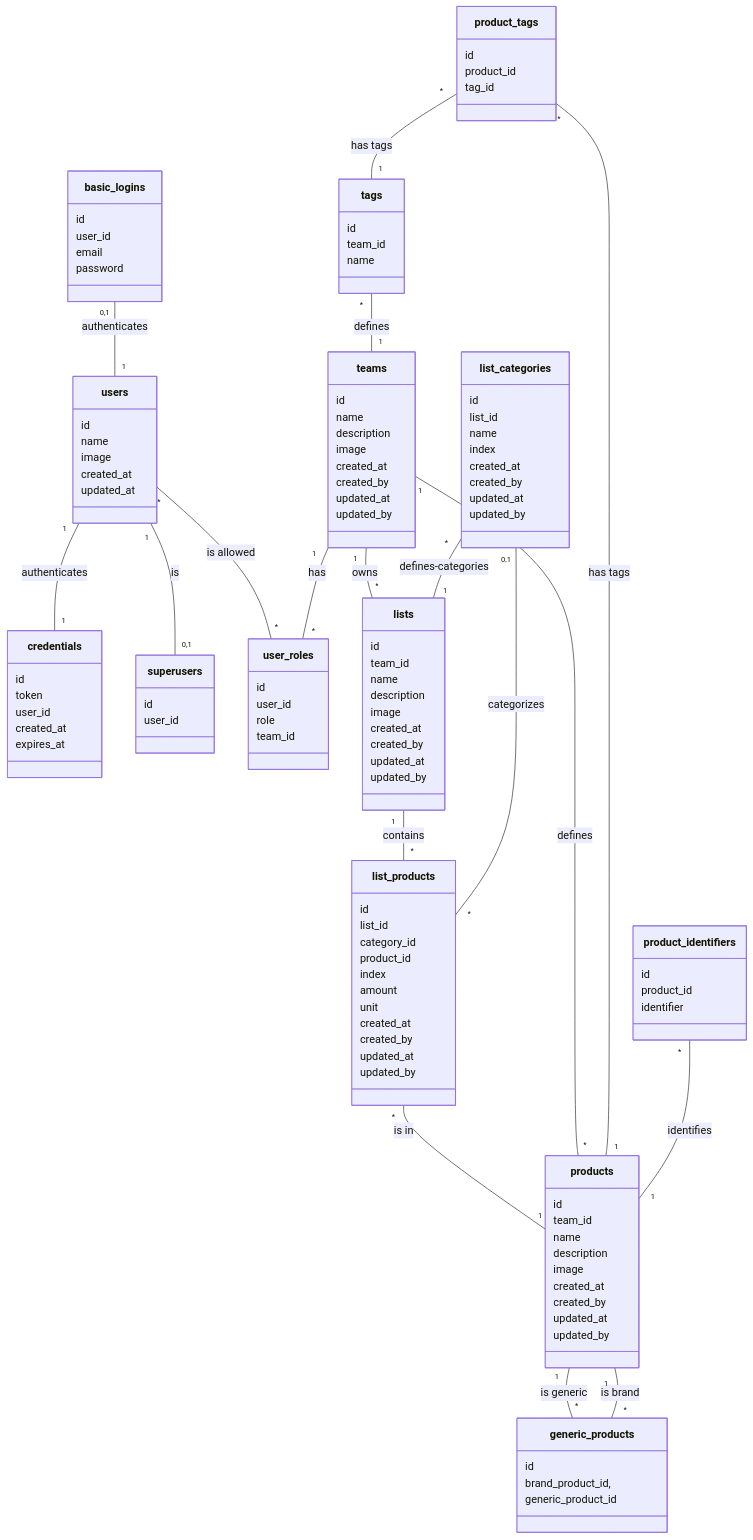
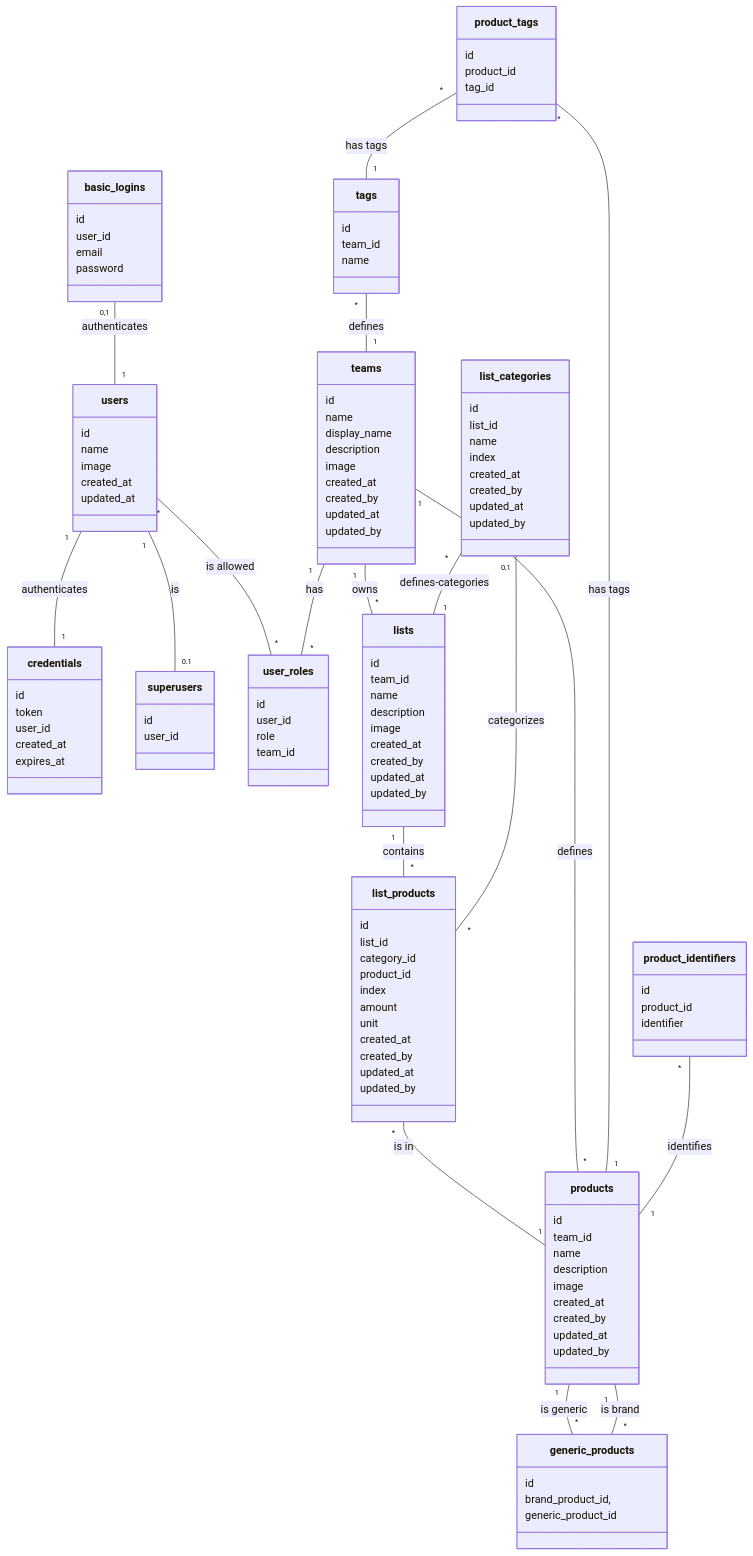
One commit to Jkutkut/ShopList changed the diagram in docs/db.md. Above: the diagram before and after it, drawn with Mermaid. The commit also changed 10 other files, not shown here.

Commit message:
feat: db teams with display_name

```diff
--- a/docs/db.md
+++ b/docs/db.md
@@ -4,6 +4,7 @@
     class teams {
         id
         name
+        display_name
         description
         image
         created_at
```
